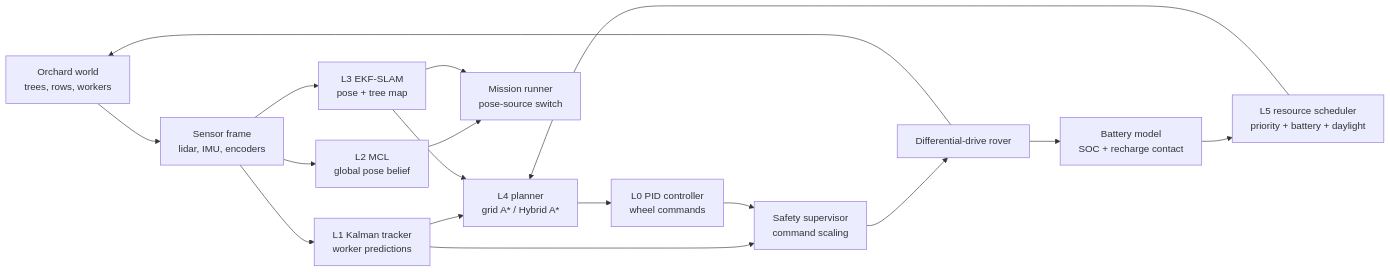
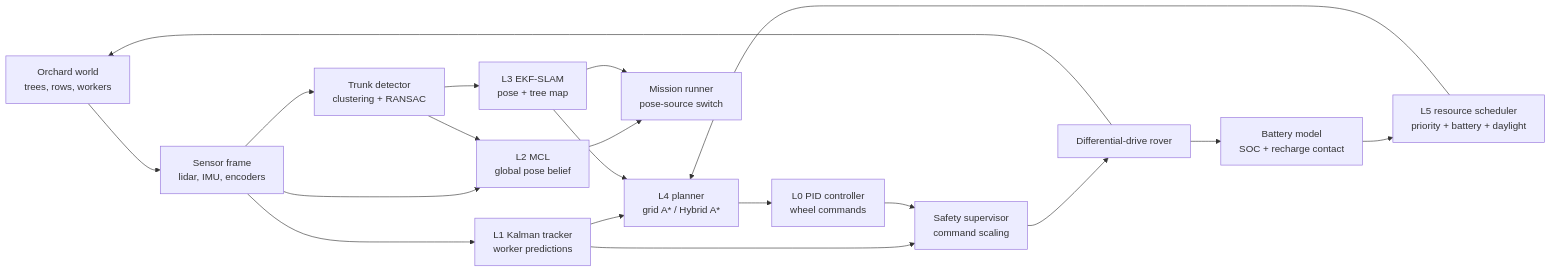
Before and after one commit to KazmirFahrier/terrascout: the diagram in README.md, drawn with Mermaid. The commit also changed other lines of this file and 10 other files, not shown here.

Commit message:
feat: add lidar trunk detector

````diff
--- a/README.md
+++ b/README.md
@@ -135,19 +138,21 @@
 ```mermaid
 flowchart LR
   world["Orchard world<br/>trees, rows, workers"] --> sensors["Sensor frame<br/>lidar, IMU, encoders"]
+  sensors --> trunks["Trunk detector<br/>clustering + RANSAC"]
   sensors --> tracker["L1 Kalman tracker<br/>worker predictions"]
   sensors --> localizer["L2 MCL<br/>global pose belief"]
-  sensors --> slam["L3 EKF-SLAM<br/>pose + tree map"]
+  trunks --> slam["L3 EKF-SLAM<br/>pose + tree map"]
+  trunks --> localizer
   tracker --> planner["L4 planner<br/>grid A* / Hybrid A*"]
   slam --> planner
   localizer --> runner["Mission runner<br/>pose-source switch"]
   slam --> runner
   scheduler["L5 resource scheduler<br/>priority + battery + daylight"] --> planner
   planner --> controller["L0 PID controller<br/>wheel commands"]
   tracker --> safety["Safety supervisor<br/>command scaling"]
   controller --> safety
   safety --> rover["Differential-drive rover"]
   rover --> world
   rover --> battery["Battery model<br/>SOC + recharge contact"]
   battery --> scheduler
 ```
````
